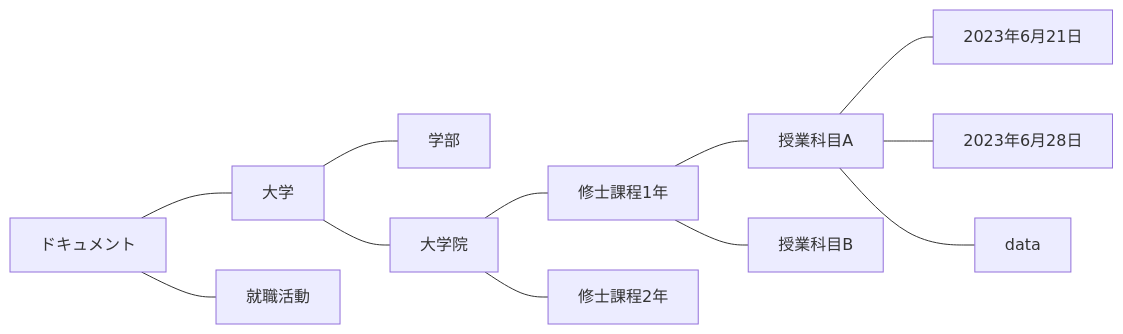
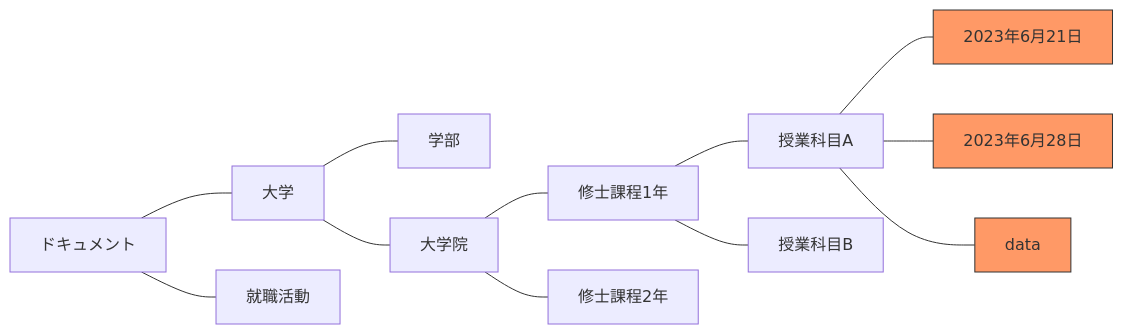
The third of 3 diagrams in Quarto/basics.qmd (takeshinishimura/howtouseR), drawn with Mermaid before and after one commit. The commit also changed other lines of this file and 1 other file, not shown here.

````diff
--- a/Quarto/basics.qmd
+++ b/Quarto/basics.qmd
@@ -106,14 +108,17 @@
 ```{mermaid}
 flowchart LR
   ドキュメント --- 大学
   ドキュメント --- 就職活動
   大学 --- 学部
   大学 --- 大学院
   大学院 --- 修士課程1年
   大学院 --- 修士課程2年
   修士課程1年 --- 授業科目A
   修士課程1年 --- 授業科目B
-  授業科目A --- 2023年6月21日
-  授業科目A --- 2023年6月28日
+  授業科目A --- lastweek[2023年6月21日]
+  授業科目A --- today[2023年6月28日]
   授業科目A --- data
+  style lastweek fill:#f96,stroke:#333
+  style today fill:#f96,stroke:#333
+  style data fill:#f96,stroke:#333
 ```
````
